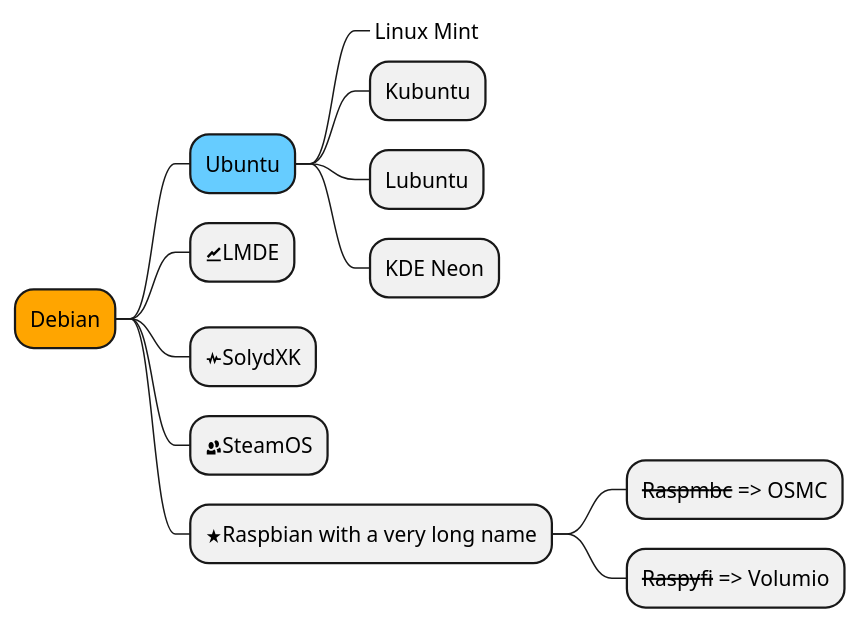
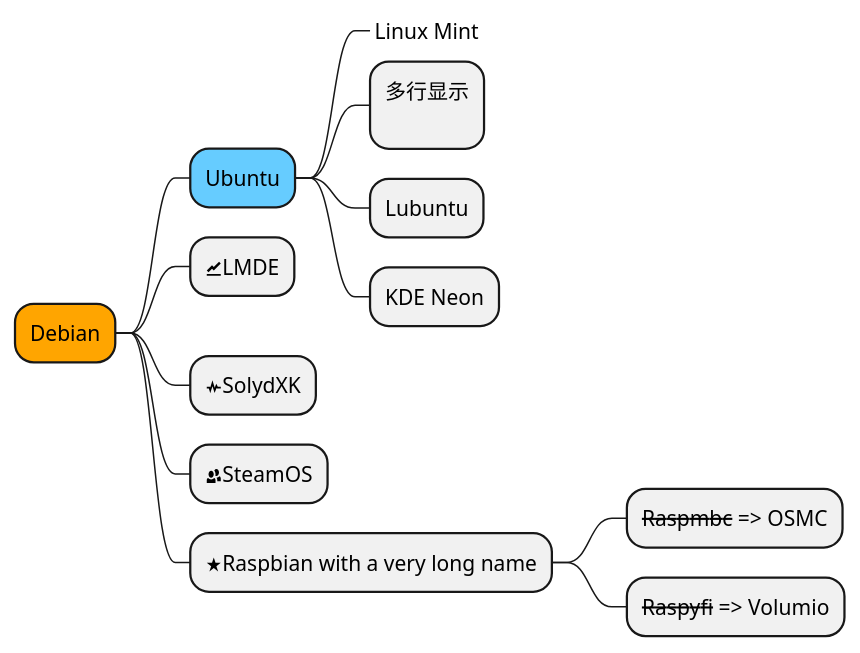
The diagram in src/main/resources/_javacg_config/test.puml (styzf/java-callgraph-styzf), drawn with PlantUML before and after one commit. The commit also changed 7 other files, not shown here.

```diff
--- a/src/main/resources/_javacg_config/test.puml
+++ b/src/main/resources/_javacg_config/test.puml
@@ -1,16 +1,17 @@
 @startmindmap
 
 *[#orange] Debian
 **[#66ccff] Ubuntu
 ***_ Linux Mint
-*** Kubuntu
+***:多行显示
+;
 *** Lubuntu
 *** KDE Neon
 ** <&graph>LMDE
 ** <&pulse>SolydXK
 ** <&people>SteamOS
 ** <&star>Raspbian with a very long name
 *** <s>Raspmbc</s> => OSMC
 *** <s>Raspyfi</s> => Volumio
 
 @endmindmap
```
